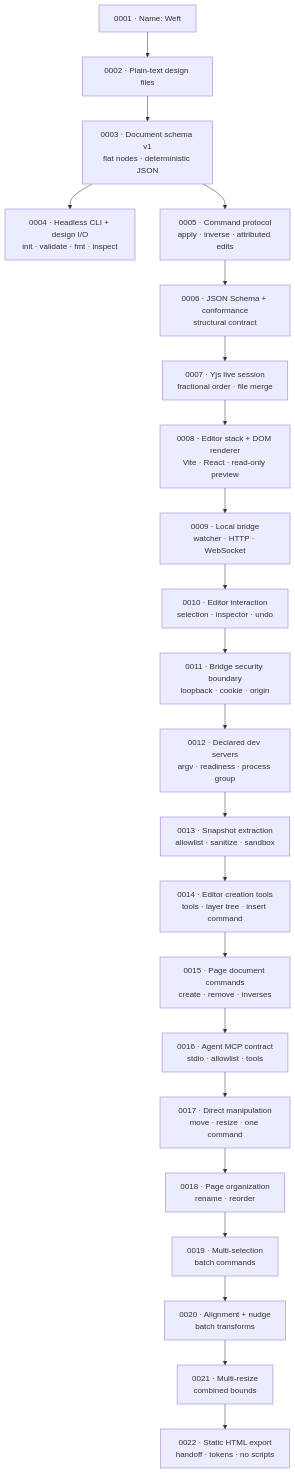
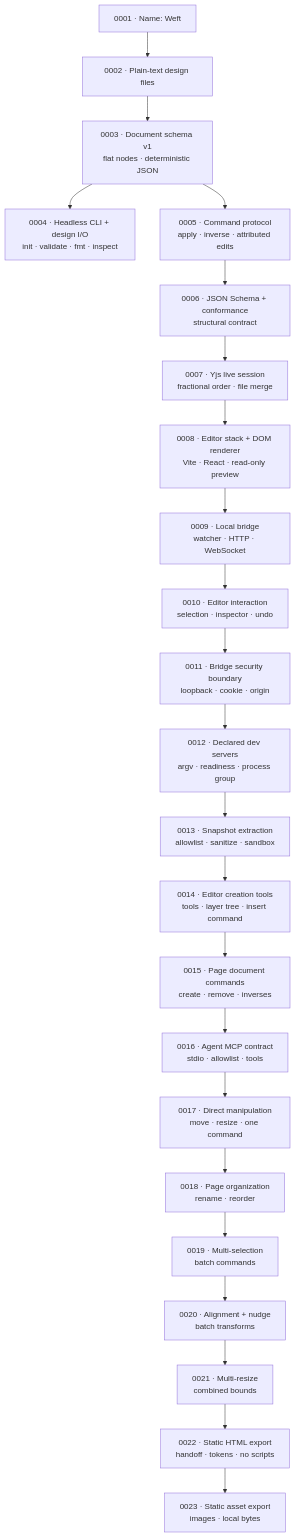
One commit to Pranesh-Selvaraj/Weft changed the diagram in docs/decisions/README.md. Above: the diagram before and after it, drawn with Mermaid. The commit also changed other lines of this file and 13 other files, not shown here.

Commit message:
feat(export): copy local assets into handoff (#24)

````diff
--- a/docs/decisions/README.md
+++ b/docs/decisions/README.md
@@ -45,24 +46,25 @@
 ```mermaid
 graph TD
     A["0001 · Name: Weft"] --> B["0002 · Plain-text design files"]
     B --> C["0003 · Document schema v1<br/>flat nodes · deterministic JSON"]
     C --> D["0004 · Headless CLI + design I/O<br/>init · validate · fmt · inspect"]
     C --> E["0005 · Command protocol<br/>apply · inverse · attributed edits"]
     E --> F["0006 · JSON Schema + conformance<br/>structural contract"]
     F --> G["0007 · Yjs live session<br/>fractional order · file merge"]
     G --> H["0008 · Editor stack + DOM renderer<br/>Vite · React · read-only preview"]
     H --> I["0009 · Local bridge<br/>watcher · HTTP · WebSocket"]
     I --> J["0010 · Editor interaction<br/>selection · inspector · undo"]
     J --> K["0011 · Bridge security boundary<br/>loopback · cookie · origin"]
     K --> L["0012 · Declared dev servers<br/>argv · readiness · process group"]
     L --> M["0013 · Snapshot extraction<br/>allowlist · sanitize · sandbox"]
     M --> N["0014 · Editor creation tools<br/>tools · layer tree · insert command"]
     N --> O["0015 · Page document commands<br/>create · remove · inverses"]
     O --> P["0016 · Agent MCP contract<br/>stdio · allowlist · tools"]
     P --> Q["0017 · Direct manipulation<br/>move · resize · one command"]
     Q --> R["0018 · Page organization<br/>rename · reorder"]
     R --> S["0019 · Multi-selection<br/>batch commands"]
     S --> T["0020 · Alignment + nudge<br/>batch transforms"]
     T --> U["0021 · Multi-resize<br/>combined bounds"]
     U --> V["0022 · Static HTML export<br/>handoff · tokens · no scripts"]
+    V --> W["0023 · Static asset export<br/>images · local bytes"]
 ```
````
